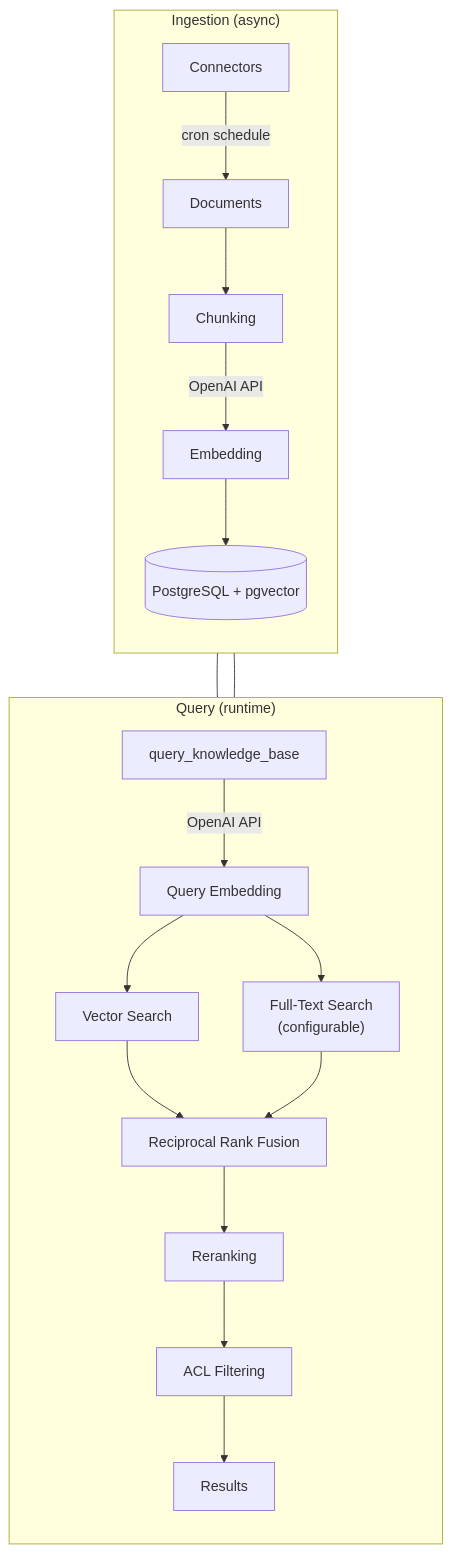
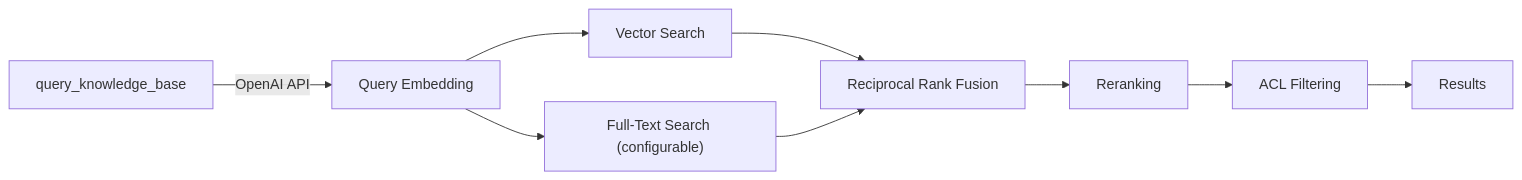
One commit to 64johnlee/archestra changed the second of 2 diagrams in docs/pages/platform-knowledge-bases.md. Above: the diagram before and after it, drawn with Mermaid. The commit also changed other lines of this file, not shown here.

Commit message:
docs: make knowledge bases architecture diagram horizontal (#3204)
## Summary
- Changed the mermaid flowchart in `platform-knowledge-bases.md` from
top-to-bottom (`TB`) to left-to-right (`LR`) layout
- Reduces vertical space the diagram takes up in rendered docs

````diff
--- a/docs/pages/platform-knowledge-bases.md
+++ b/docs/pages/platform-knowledge-bases.md
@@ -20,25 +38,11 @@
 ```mermaid
-flowchart TB
-    subgraph Ingestion["Ingestion (async)"]
-        direction TB
-        C[Connectors] -->|cron schedule| D[Documents]
-        D --> CH[Chunking]
-        CH -->|OpenAI API| E[Embedding]
-        E --> PG[(PostgreSQL + pgvector)]
-    end
-
-    subgraph Query["Query (runtime)"]
-        direction TB
-        Q[query_knowledge_base] -->|OpenAI API| QE[Query Embedding]
-        QE --> VS[Vector Search]
-        QE --> FTS["Full-Text Search<br/>(configurable)"]
-        VS --> RRF[Reciprocal Rank Fusion]
-        FTS --> RRF
-        RRF --> RR[Reranking]
-        RR --> ACL[ACL Filtering]
-        ACL --> R[Results]
-    end
-
-    PG --- VS
-    PG --- FTS
+flowchart LR
+    Q[query_knowledge_base] -->|OpenAI API| QE[Query Embedding]
+    QE --> VS[Vector Search]
+    QE --> FTS["Full-Text Search (configurable)"]
+    VS --> RRF[Reciprocal Rank Fusion]
+    FTS --> RRF
+    RRF --> RR[Reranking]
+    RR --> ACL[ACL Filtering]
+    ACL --> R[Results]
 ```
````
